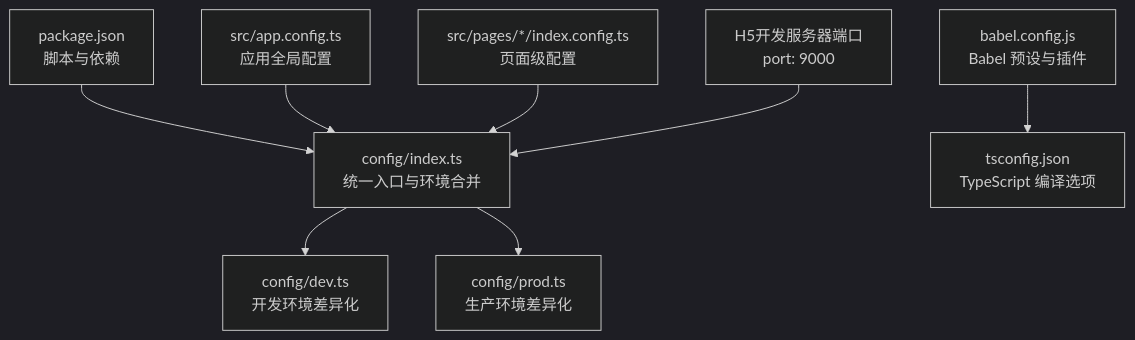
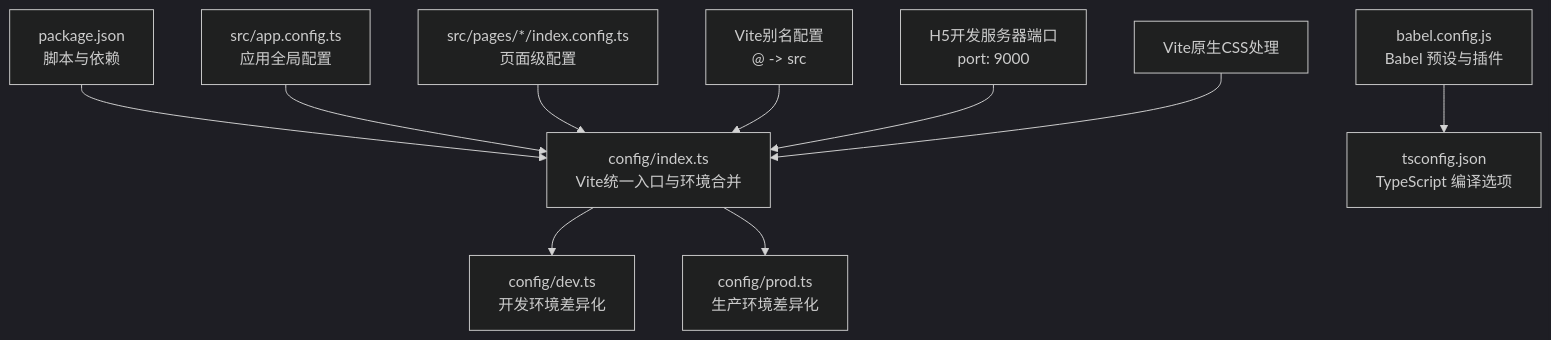
The first of 11 diagrams in .qoder/repowiki/zh/content/架构设计/构建配置系统.md (zuolinbao/redbook), drawn with Mermaid (dark theme) before and after one commit. The commit also changed other lines of this file and 23 other files, not shown here.

````diff
--- a/.qoder/repowiki/zh/content/架构设计/构建配置系统.md
+++ b/.qoder/repowiki/zh/content/架构设计/构建配置系统.md
@@ -41,10 +44,12 @@
 ```mermaid
 graph TB
-A["config/index.ts<br/>统一入口与环境合并"] --> B["config/dev.ts<br/>开发环境差异化"]
+A["config/index.ts<br/>Vite统一入口与环境合并"] --> B["config/dev.ts<br/>开发环境差异化"]
 A --> C["config/prod.ts<br/>生产环境差异化"]
 D["babel.config.js<br/>Babel 预设与插件"] --> E["tsconfig.json<br/>TypeScript 编译选项"]
 F["package.json<br/>脚本与依赖"] --> A
 G["src/app.config.ts<br/>应用全局配置"] --> A
 H["src/pages/*/index.config.ts<br/>页面级配置"] --> A
-I["H5开发服务器端口<br/>port: 9000"] --> A
+I["Vite别名配置<br/>@ -> src"] --> A
+J["H5开发服务器端口<br/>port: 9000"] --> A
+K["Vite原生CSS处理"] --> A
 ```
````
